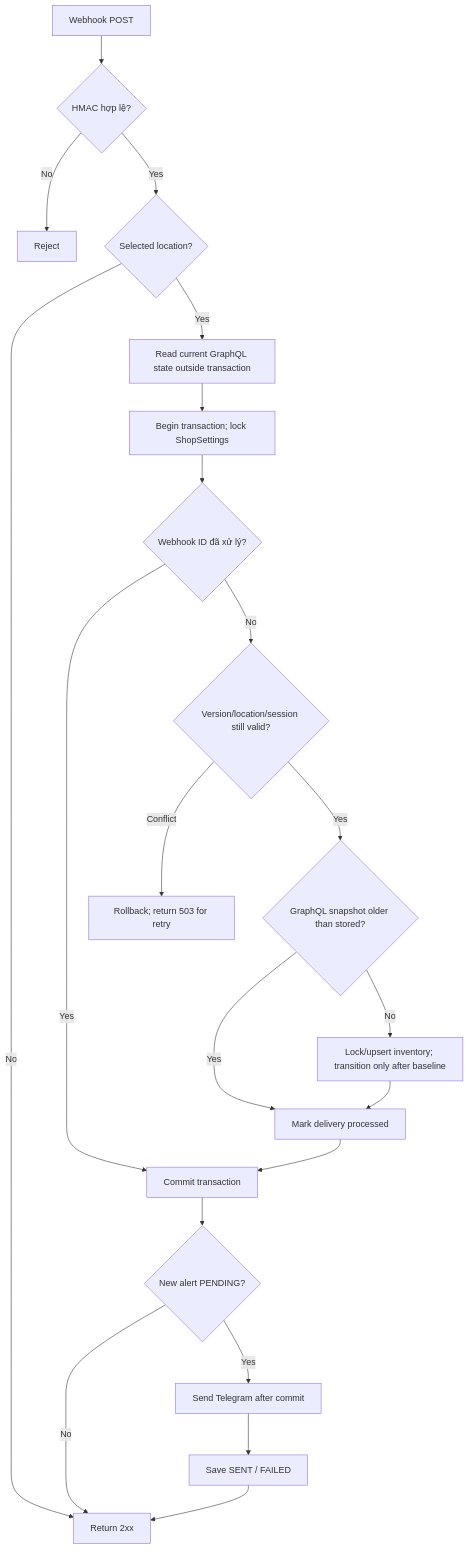
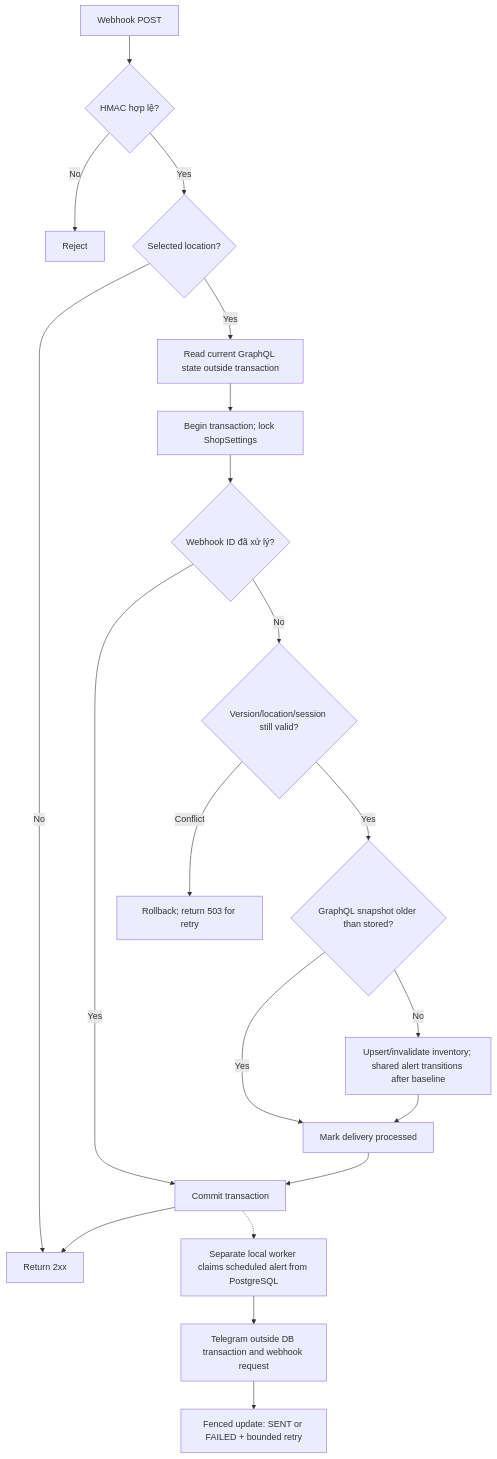
One commit to NgnTienDat/stock-notifier changed the fourth of 4 diagrams in docs/ARCHITECTURE.md. Above: the diagram before and after it, drawn with Mermaid. The commit also changed other lines of this file and 26 other files, not shown here.

Commit message:
feat(notifications): add Telegram alert delivery

````diff
--- a/docs/ARCHITECTURE.md
+++ b/docs/ARCHITECTURE.md
@@ -125,23 +125,22 @@
 ```mermaid
 flowchart TD
     A["Webhook POST"] --> B{"HMAC hợp lệ?"}
     B -->|No| R["Reject"]
     B -->|Yes| C{"Selected location?"}
     C -->|No| OK["Return 2xx"]
     C -->|Yes| READ["Read current GraphQL state outside transaction"]
     READ --> D["Begin transaction; lock ShopSettings"]
     D --> E{"Webhook ID đã xử lý?"}
     E -->|Yes| I
     E -->|No| V{"Version/location/session still valid?"}
     V -->|Conflict| RETRY["Rollback; return 503 for retry"]
     V -->|Yes| F{"GraphQL snapshot older than stored?"}
     F -->|Yes| G["Mark delivery processed"]
-    F -->|No| H["Lock/upsert inventory; transition only after baseline"]
+    F -->|No| H["Upsert/invalidate inventory; shared alert transitions after baseline"]
     H --> G
     G --> I["Commit transaction"]
-    I --> J{"New alert PENDING?"}
-    J -->|No| OK
-    J -->|Yes| K["Send Telegram after commit"]
-    K --> L["Save SENT / FAILED"]
-    L --> OK
+    I --> OK
+    I -.-> WORKER["Separate local worker claims scheduled alert from PostgreSQL"]
+    WORKER --> K["Telegram outside DB transaction and webhook request"]
+    K --> L["Fenced update: SENT or FAILED + bounded retry"]
 ```
````
